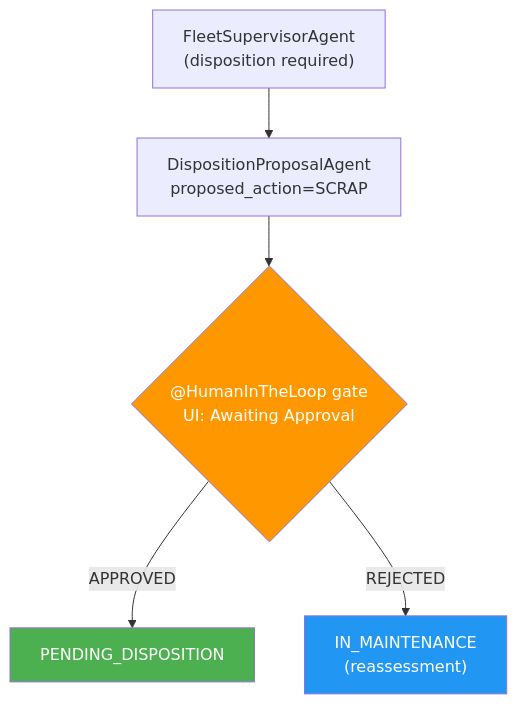
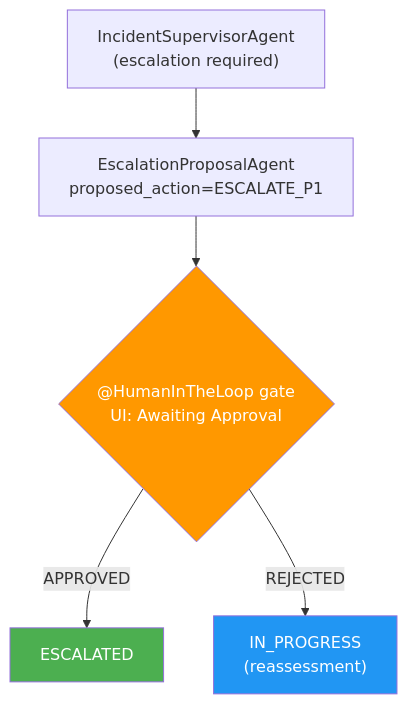
The diagram in docs/06-hitl-observability/START_HERE.md (danieloh30/techxchange-2026-quarkus-bob-lab), drawn with Mermaid before and after one commit. The commit also changed other lines of this file and 366 other files, not shown here.

````diff
--- a/docs/06-hitl-observability/START_HERE.md
+++ b/docs/06-hitl-observability/START_HERE.md
@@ -44,12 +44,12 @@
 ```mermaid
 flowchart TD
-    FSA["FleetSupervisorAgent<br/>(disposition required)"] --> DPA
-    DPA["DispositionProposalAgent<br/>proposed_action=SCRAP"] --> HITL
+    ISA["IncidentSupervisorAgent<br/>(escalation required)"] --> EPA
+    EPA["EscalationProposalAgent<br/>proposed_action=ESCALATE_P1"] --> HITL
     HITL{"@HumanInTheLoop gate<br/>UI: Awaiting Approval"}
-    HITL -->|APPROVED| PD["PENDING_DISPOSITION"]
-    HITL -->|REJECTED| IM["IN_MAINTENANCE<br/>(reassessment)"]
+    HITL -->|APPROVED| ESC["ESCALATED"]
+    HITL -->|REJECTED| INV["IN_PROGRESS<br/>(reassessment)"]
 
     style HITL fill:#ff9800,color:#fff
-    style PD fill:#4caf50,color:#fff
-    style IM fill:#2196f3,color:#fff
+    style ESC fill:#4caf50,color:#fff
+    style INV fill:#2196f3,color:#fff
 ```
````
